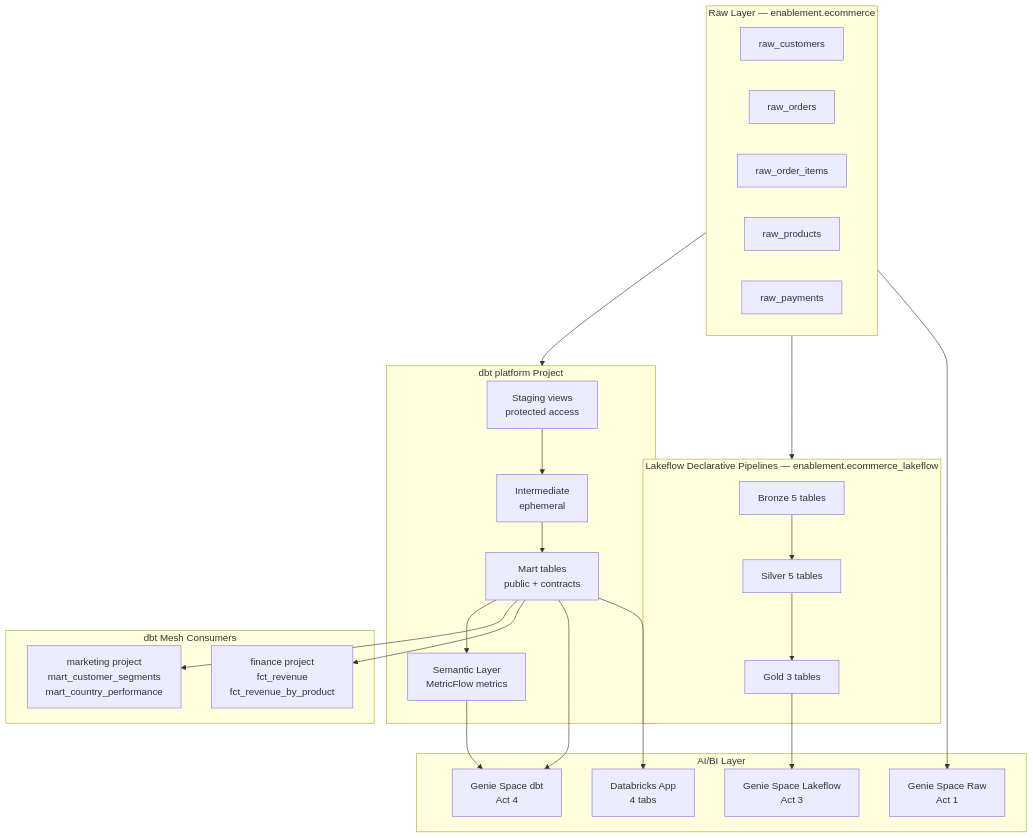
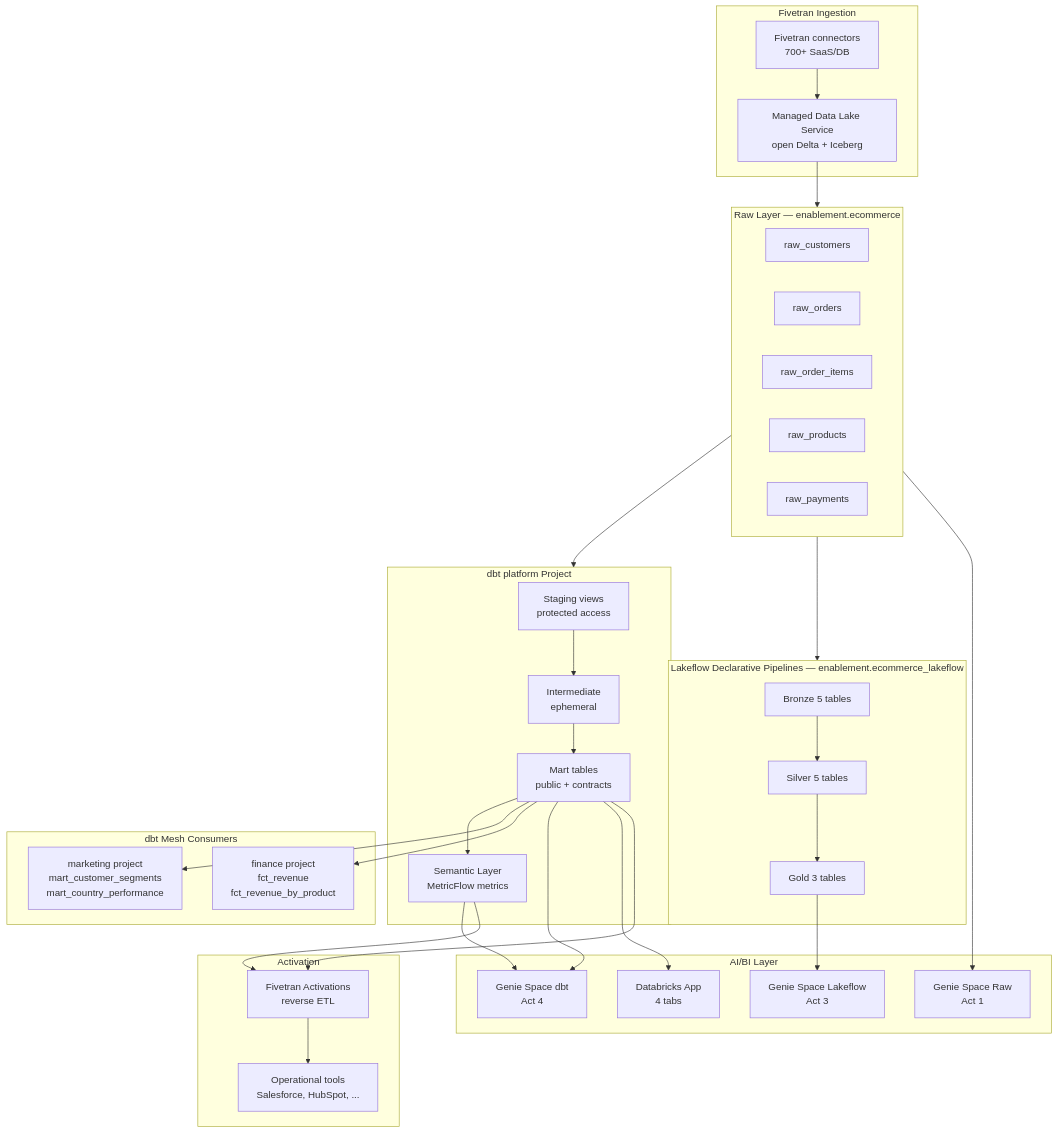
The diagram in docs/architecture.md (hicham-bab/dbt-dbx-field-enablement), drawn with Mermaid before and after one commit. The commit also changed other lines of this file and 6 other files, not shown here.

````diff
--- a/docs/architecture.md
+++ b/docs/architecture.md
@@ -80,48 +100,63 @@
 ```mermaid
 flowchart TD
     subgraph Raw["Raw Layer — enablement.ecommerce"]
         R1[raw_customers]
         R2[raw_orders]
         R3[raw_order_items]
         R4[raw_products]
         R5[raw_payments]
     end
 
     subgraph Lakeflow["Lakeflow Declarative Pipelines — enablement.ecommerce_lakeflow"]
         B[Bronze 5 tables]
         S[Silver 5 tables]
         G[Gold 3 tables]
         B --> S --> G
     end
 
     subgraph Platform["dbt platform Project"]
         STG[Staging views\nprotected access]
         INT[Intermediate\nephemeral]
         MARTS[Mart tables\npublic + contracts]
         SEM[Semantic Layer\nMetricFlow metrics]
         STG --> INT --> MARTS
         MARTS --> SEM
     end
 
     subgraph Mesh["dbt Mesh Consumers"]
         MKT[marketing project\nmart_customer_segments\nmart_country_performance]
         FIN[finance project\nfct_revenue\nfct_revenue_by_product]
     end
 
     subgraph AI["AI/BI Layer"]
         G1[Genie Space Raw\nAct 1]
         G2[Genie Space Lakeflow\nAct 3]
         G3[Genie Space dbt\nAct 4]
         APP[Databricks App\n4 tabs]
     end
 
+    subgraph Ingest["Fivetran Ingestion"]
+        FT[Fivetran connectors\n700+ SaaS/DB]
+        MDLS[Managed Data Lake Service\nopen Delta + Iceberg]
+        FT --> MDLS
+    end
+
+    subgraph Activate["Activation"]
+        ACT[Fivetran Activations\nreverse ETL]
+        OPS[Operational tools\nSalesforce, HubSpot, ...]
+        ACT --> OPS
+    end
+
+    MDLS --> Raw
     Raw --> Platform
     Raw --> Lakeflow
     MARTS --> MKT
     MARTS --> FIN
     Raw --> G1
     G --> G2
     MARTS --> G3
     SEM --> G3
     MARTS --> APP
+    MARTS --> ACT
+    SEM --> ACT
 ```
````
